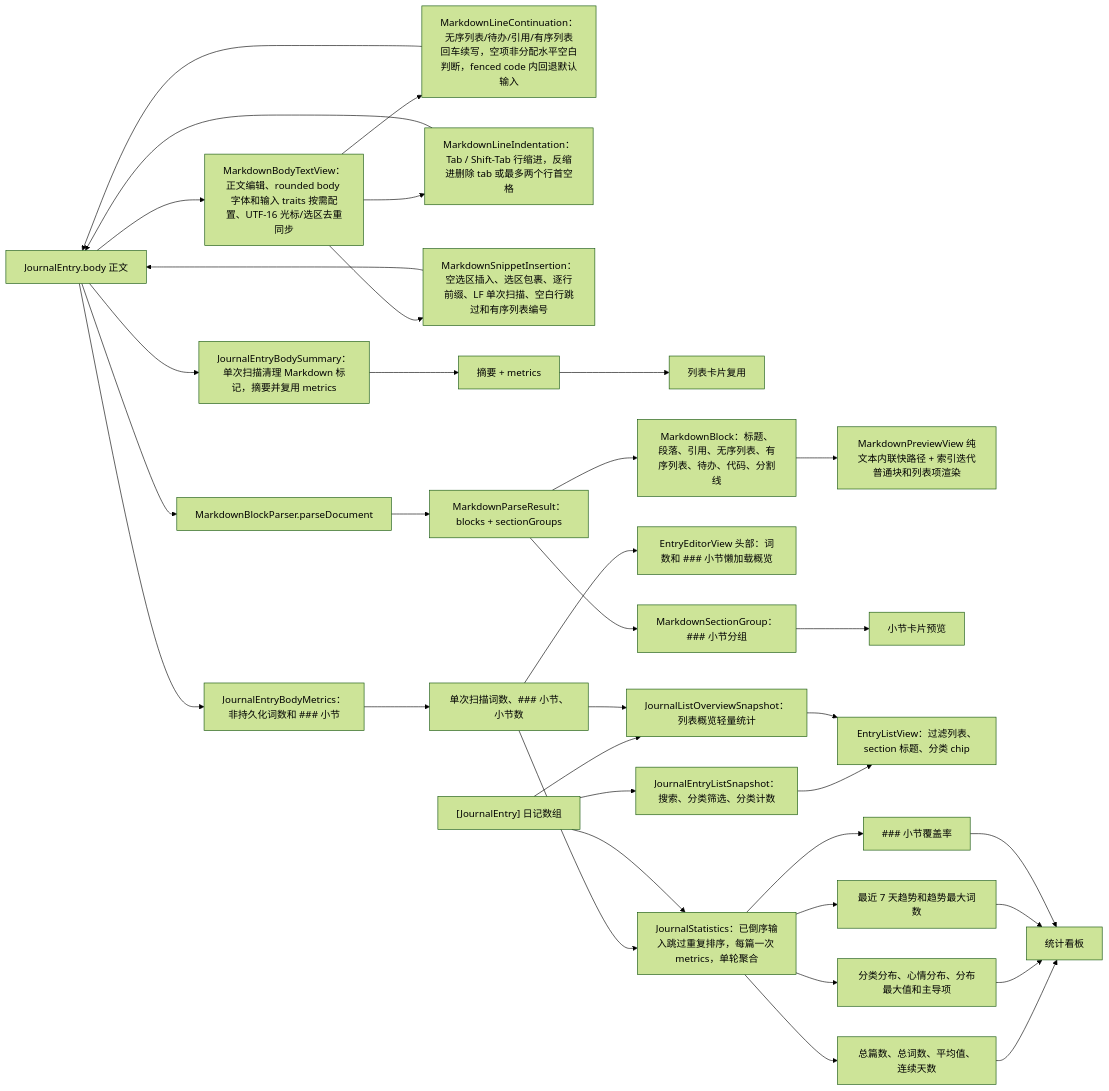
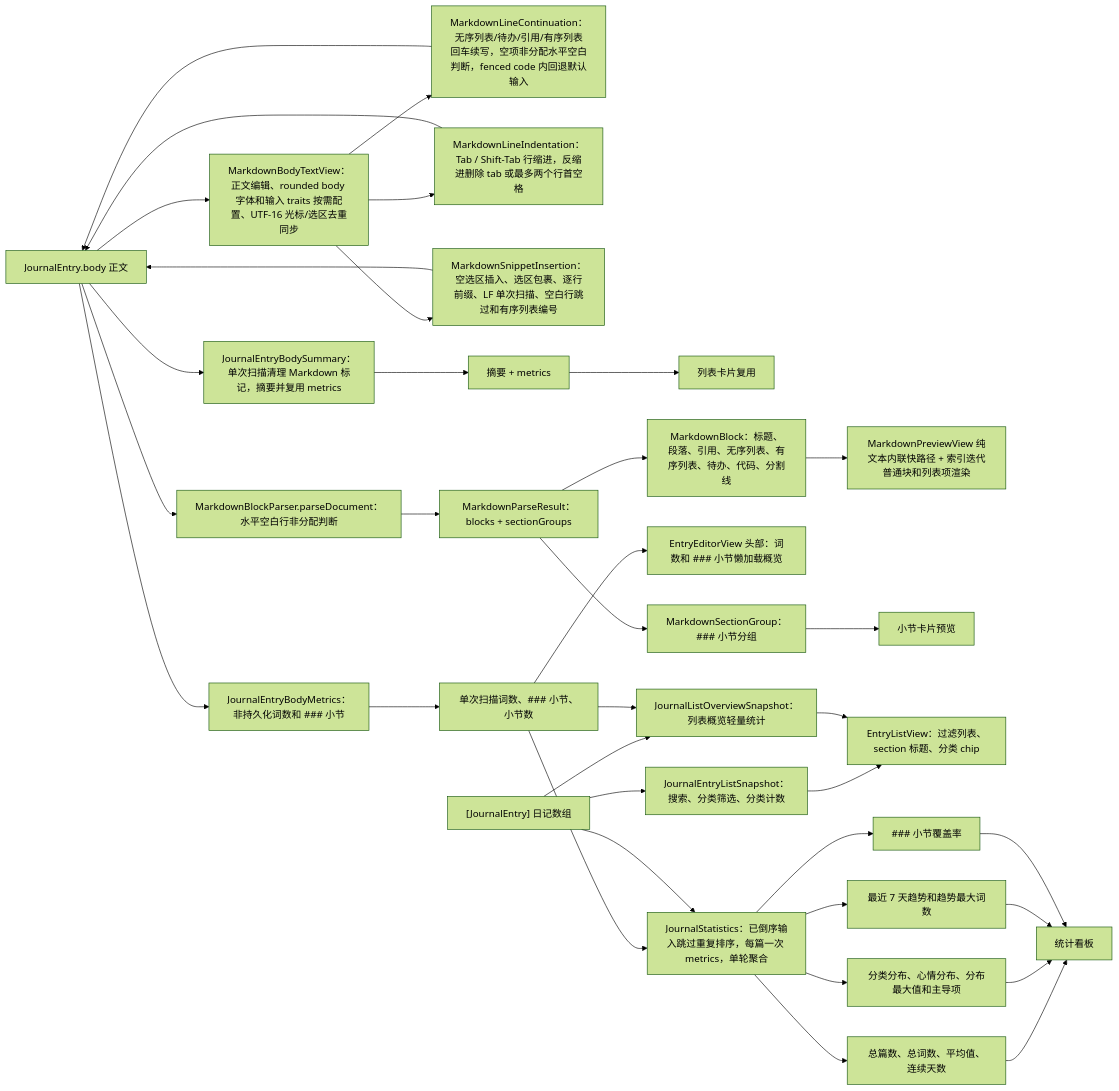
One commit to Altman-sam114/117 changed the fourth of 6 diagrams in md/flow/flowchart.md. Above: the diagram before and after it, drawn with Mermaid (forest theme). The commit also changed other lines of this file and 8 other files, not shown here.

````diff
--- a/md/flow/flowchart.md
+++ b/md/flow/flowchart.md
@@ -121,37 +121,37 @@
 ```mermaid
 flowchart LR
   Body["JournalEntry.body 正文"] --> MetricsNode2["JournalEntryBodyMetrics：非持久化词数和 ### 小节"]
   Body --> Summary["JournalEntryBodySummary：单次扫描清理 Markdown 标记，摘要并复用 metrics"]
   Body --> BodyText["MarkdownBodyTextView：正文编辑、rounded body 字体和输入 traits 按需配置、UTF-16 光标/选区去重同步"]
   BodyText --> ContinueRule["MarkdownLineContinuation：无序列表/待办/引用/有序列表回车续写，空项非分配水平空白判断，fenced code 内回退默认输入"]
   ContinueRule --> Body
   BodyText --> IndentRule["MarkdownLineIndentation：Tab / Shift-Tab 行缩进，反缩进删除 tab 或最多两个行首空格"]
   IndentRule --> Body
   BodyText --> InsertRule["MarkdownSnippetInsertion：空选区插入、选区包裹、逐行前缀、LF 单次扫描、空白行跳过和有序列表编号"]
   InsertRule --> Body
   MetricsNode2 --> MetricsData["单次扫描词数、### 小节、小节数"]
   Summary --> Excerpt["摘要 + metrics"]
   Excerpt --> RowEditor["列表卡片复用"]
   MetricsData --> Statistics["JournalStatistics：已倒序输入跳过重复排序，每篇一次 metrics，单轮聚合"]
   MetricsData --> EditorHeader["EntryEditorView 头部：词数和 ### 小节懒加载概览"]
-  Body --> Parse["MarkdownBlockParser.parseDocument"]
+  Body --> Parse["MarkdownBlockParser.parseDocument：水平空白行非分配判断"]
   Parse --> Result["MarkdownParseResult：blocks + sectionGroups"]
   Result --> Blocks["MarkdownBlock：标题、段落、引用、无序列表、有序列表、待办、代码、分割线"]
   Blocks --> Preview["MarkdownPreviewView 纯文本内联快路径 + 索引迭代普通块和列表项渲染"]
   Result --> Sections["MarkdownSectionGroup：### 小节分组"]
   Sections --> SectionPreview["小节卡片预览"]
   Entries["[JournalEntry] 日记数组"] --> Statistics
   Entries --> ListSnapshot2["JournalEntryListSnapshot：搜索、分类筛选、分类计数"]
   ListSnapshot2 --> ListView["EntryListView：过滤列表、section 标题、分类 chip"]
   Entries --> ListOverview2["JournalListOverviewSnapshot：列表概览轻量统计"]
   MetricsData --> ListOverview2
   ListOverview2 --> ListView
   Statistics --> Metrics["总篇数、总词数、平均值、连续天数"]
   Statistics --> Distributions["分类分布、心情分布、分布最大值和主导项"]
   Statistics --> Trend["最近 7 天趋势和趋势最大词数"]
   Statistics --> Coverage["### 小节覆盖率"]
   Metrics --> Dashboard["统计看板"]
   Distributions --> Dashboard
   Trend --> Dashboard
   Coverage --> Dashboard
 ```
````
